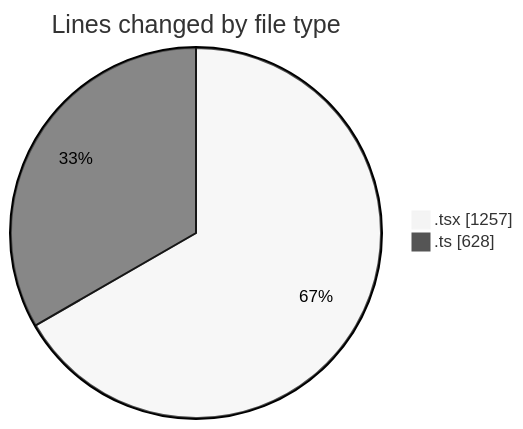
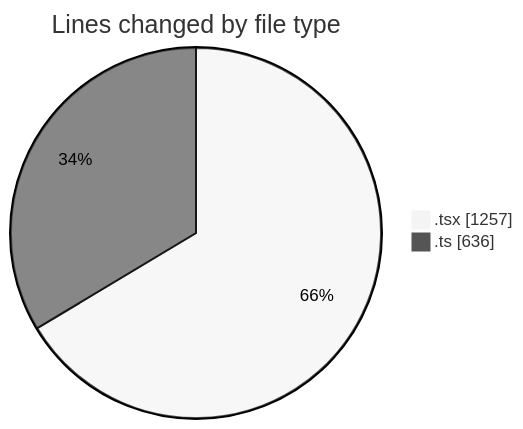
One commit to nxtqubesakshisongat/code-tracking changed the first of 2 diagrams in 2026-05-03/nxtqube_webapp/README.md. Above: the diagram before and after it, drawn with Mermaid (neutral theme). The commit also changed other lines of this file and 1 other file, not shown here.

````diff
--- a/2026-05-03/nxtqube_webapp/README.md
+++ b/2026-05-03/nxtqube_webapp/README.md
@@ -21,6 +21,6 @@
 ```mermaid
 pie showData
 title Lines changed by file type
 ".tsx" : 1257
-".ts" : 628
+".ts" : 636
 ```
````
